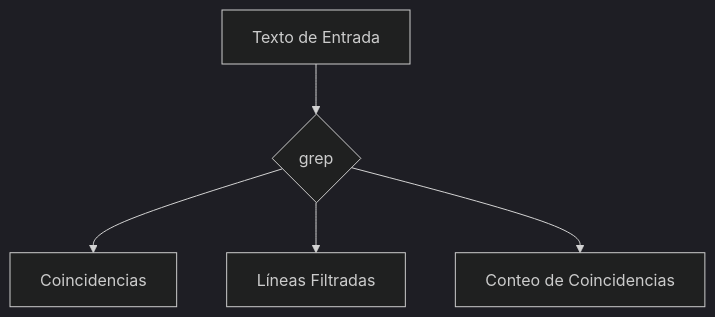
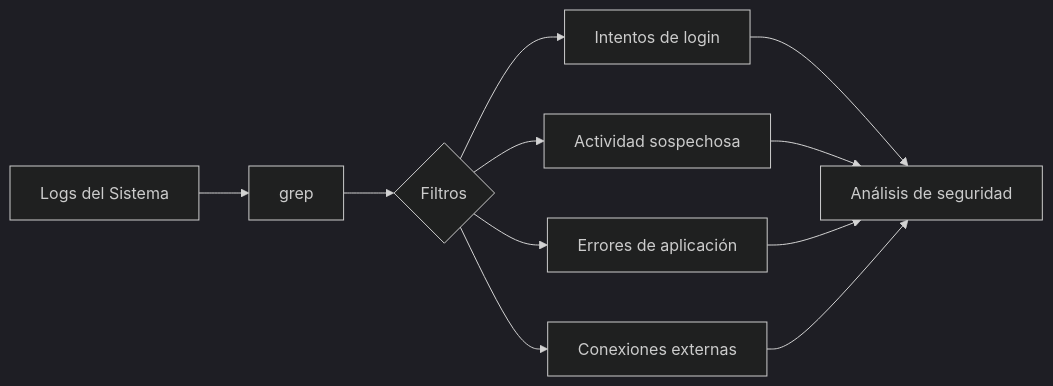
The second of 3 diagrams in apuntes/Unix/grep.md (n1krov/red_vault), drawn with Mermaid (dark theme) before and after one commit. The commit also changed other lines of this file and 4 other files, not shown here.

````diff
--- a/apuntes/Unix/grep.md
+++ b/apuntes/Unix/grep.md
@@ -157,7 +102,14 @@
 ```mermaid
-graph TD
-    A[Texto de Entrada] --> B{grep}
-    B --> C[Coincidencias]
-    B --> D[Líneas Filtradas]
-    B --> E[Conteo de Coincidencias]
+flowchart LR
+    A[Logs del Sistema] --> B[grep]
+    B --> C{Filtros}
+    C --> D[Intentos de login]
+    C --> E[Actividad sospechosa]
+    C --> F[Errores de aplicación]
+    C --> G[Conexiones externas]
+    
+    D --> H[Análisis de seguridad]
+    E --> H
+    F --> H
+    G --> H
 ```
````
